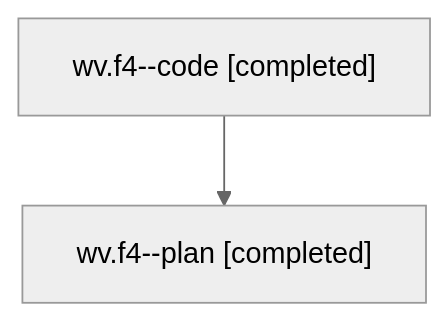
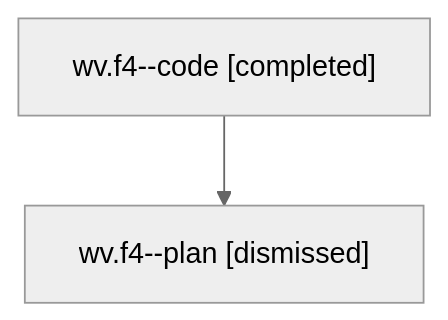
One commit to sase-org/sase--agents changed the diagram in families/bbugyi200.athena.wv.f4.md. Above: the diagram before and after it, drawn with Mermaid (neutral theme). The commit also changed other lines of this file and 1973 other files, not shown here.

````diff
--- a/families/bbugyi200.athena.wv.f4.md
+++ b/families/bbugyi200.athena.wv.f4.md
@@ -9,6 +9,6 @@
 ```mermaid
 flowchart TD
   n0["wv.f4--code [completed]"]
-  n1["wv.f4--plan [completed]"]
+  n1["wv.f4--plan [dismissed]"]
   n0 --> n1
 ```
````
